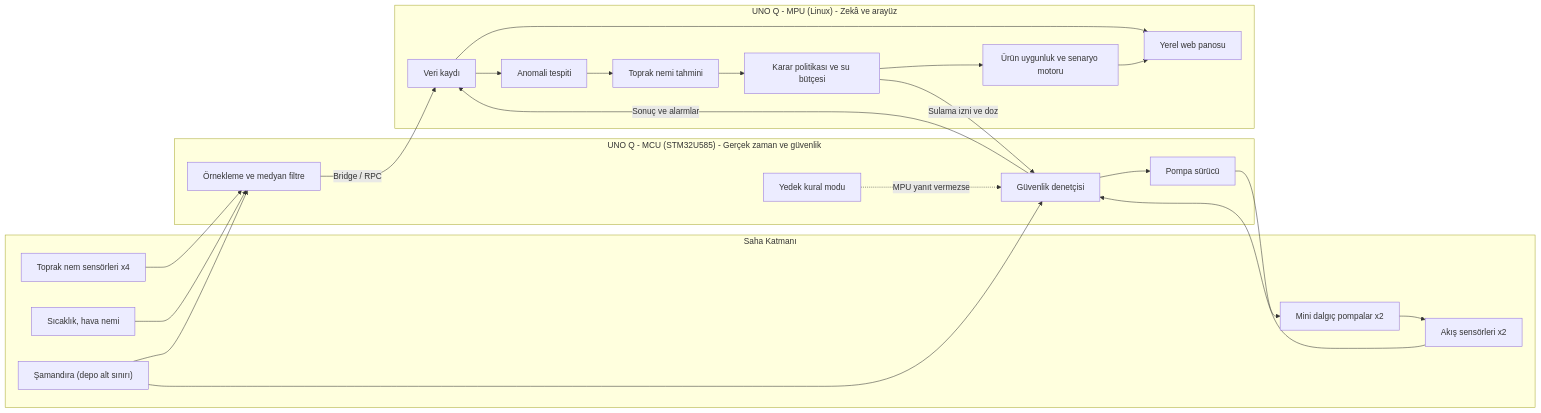
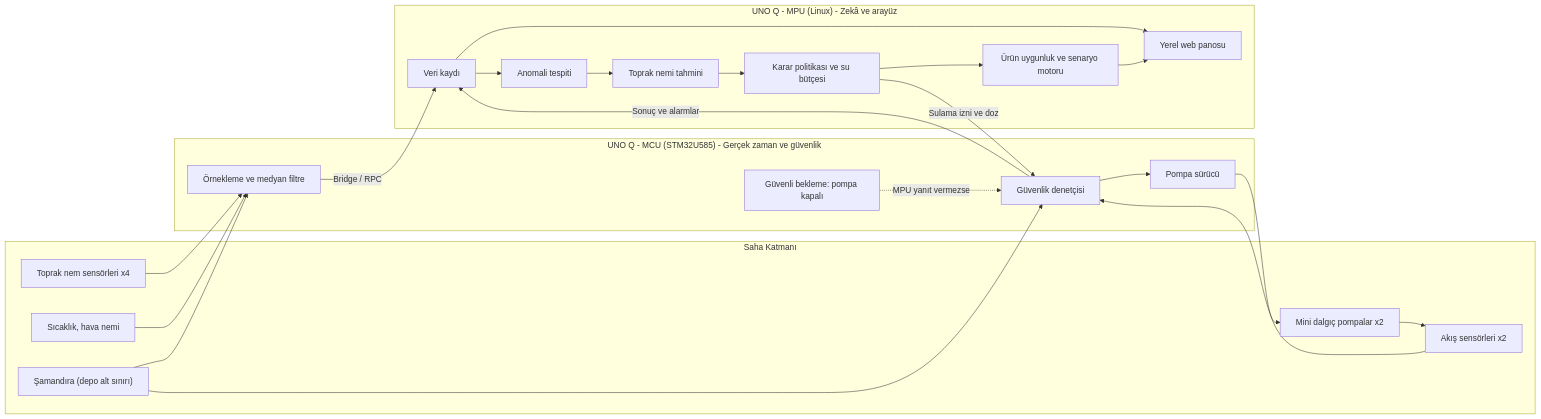
The first of 3 diagrams in README.md (Berceste-Team/Su-z), drawn with Mermaid before and after one commit. The commit also changed other lines of this file and 2 other files, not shown here.

````diff
--- a/README.md
+++ b/README.md
@@ -190,45 +190,45 @@
 ```mermaid
 flowchart LR
     subgraph SAHA["Saha Katmanı"]
         SOIL["Toprak nem sensörleri x4"]
         ENV["Sıcaklık, hava nemi"]
         LVL["Şamandıra (depo alt sınırı)"]
         FLOW["Akış sensörleri x2"]
         PUMP["Mini dalgıç pompalar x2"]
     end
 
     subgraph MCU["UNO Q - MCU (STM32U585) - Gerçek zaman ve güvenlik"]
         READ["Örnekleme ve medyan filtre"]
         SAFE["Güvenlik denetçisi"]
         DRIVE["Pompa sürücü"]
-        BACKUP["Yedek kural modu"]
+        BACKUP["Güvenli bekleme: pompa kapalı"]
     end
 
     subgraph MPU["UNO Q - MPU (Linux) - Zekâ ve arayüz"]
         LOG["Veri kaydı"]
         ANOM["Anomali tespiti"]
         FORE["Toprak nemi tahmini"]
         POLICY["Karar politikası ve su bütçesi"]
         CROP["Ürün uygunluk ve senaryo motoru"]
         DASH["Yerel web panosu"]
     end
 
     SOIL --> READ
     ENV --> READ
     LVL --> READ
     LVL --> SAFE
     FLOW --> SAFE
     READ -->|"Bridge / RPC"| LOG
     LOG --> ANOM
     ANOM --> FORE
     FORE --> POLICY
     POLICY --> CROP
     POLICY -->|"Sulama izni ve doz"| SAFE
     SAFE --> DRIVE
     DRIVE --> PUMP
     PUMP --> FLOW
     SAFE -->|"Sonuç ve alarmlar"| LOG
     BACKUP -.->|"MPU yanıt vermezse"| SAFE
     LOG --> DASH
     CROP --> DASH
 ```
````
